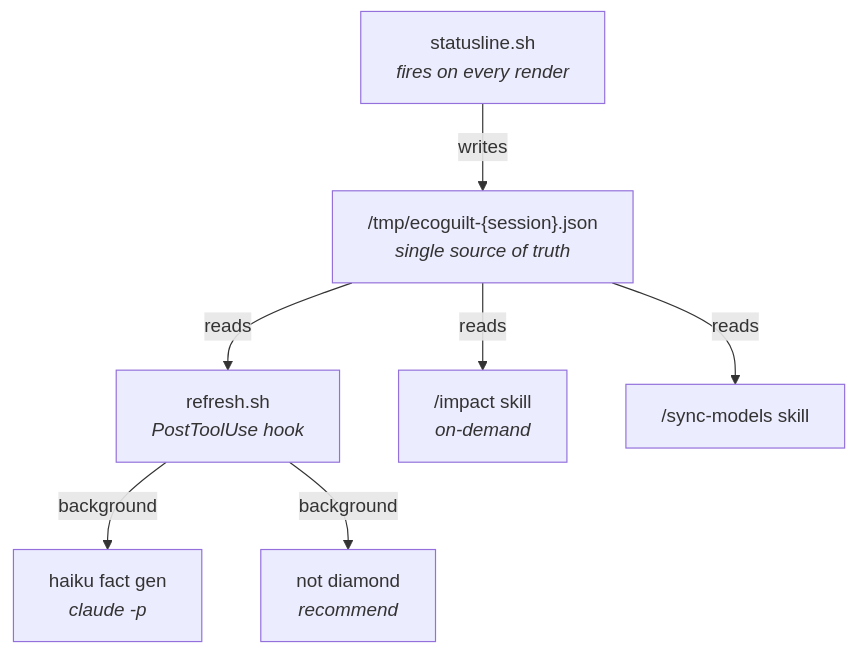
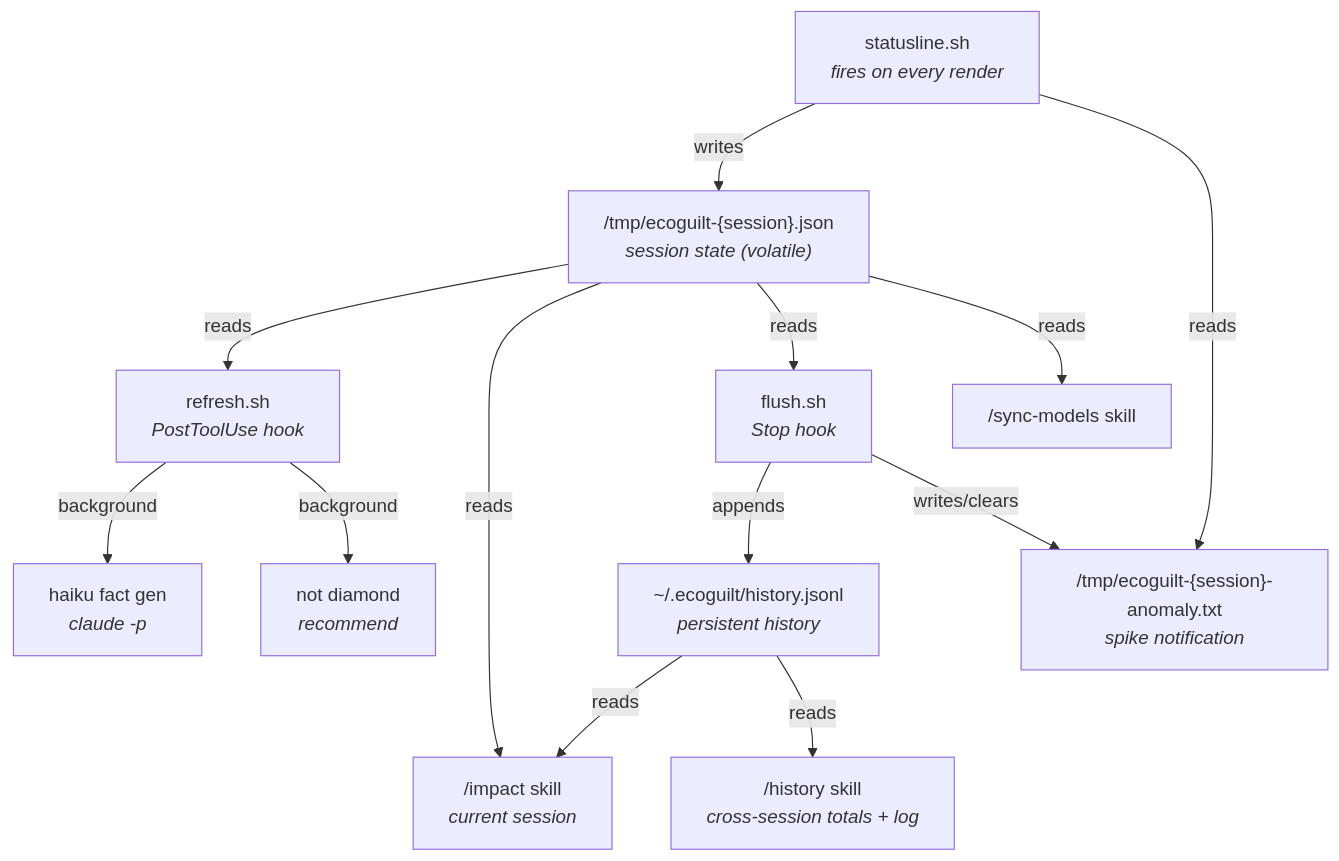
One commit to huiruru/ecoguilt changed the diagram in README.md. Above: the diagram before and after it, drawn with Mermaid. The commit also changed other lines of this file and 5 other files, not shown here.

Commit message:
Update: Add new `/history` skill for cumulative metrics and session logs. Introduce anomaly detection and update skill to include anomaly details for the current session. Modify status line to display anomaly notifications. Update readme.

````diff
--- a/README.md
+++ b/README.md
@@ -26,17 +28,27 @@
 ```mermaid
 graph TD
     SL["statusline.sh<br/><i>fires on every render</i>"]
-    STATE["/tmp/ecoguilt-{session}.json<br/><i>single source of truth</i>"]
+    STATE["/tmp/ecoguilt-{session}.json<br/><i>session state (volatile)</i>"]
+    ANOMALY["/tmp/ecoguilt-{session}-anomaly.txt<br/><i>spike notification</i>"]
     HOOK["refresh.sh<br/><i>PostToolUse hook</i>"]
-    IMPACT["/impact skill<br/><i>on-demand</i>"]
+    FLUSH["flush.sh<br/><i>Stop hook</i>"]
+    HISTORY["~/.ecoguilt/history.jsonl<br/><i>persistent history</i>"]
+    IMPACT["/impact skill<br/><i>current session</i>"]
+    HIST_SKILL["/history skill<br/><i>cross-session totals + log</i>"]
     SYNC["/sync-models skill"]
     HAIKU["haiku fact gen<br/><i>claude -p</i>"]
     ND["not diamond<br/><i>recommend</i>"]
 
     SL -- writes --> STATE
+    SL -- reads --> ANOMALY
     STATE -- reads --> HOOK
     STATE -- reads --> IMPACT
+    STATE -- reads --> FLUSH
     STATE -- reads --> SYNC
+    FLUSH -- appends --> HISTORY
+    FLUSH -- writes/clears --> ANOMALY
+    HISTORY -- reads --> IMPACT
+    HISTORY -- reads --> HIST_SKILL
     HOOK -- background --> HAIKU
     HOOK -- background --> ND
 ```
````
